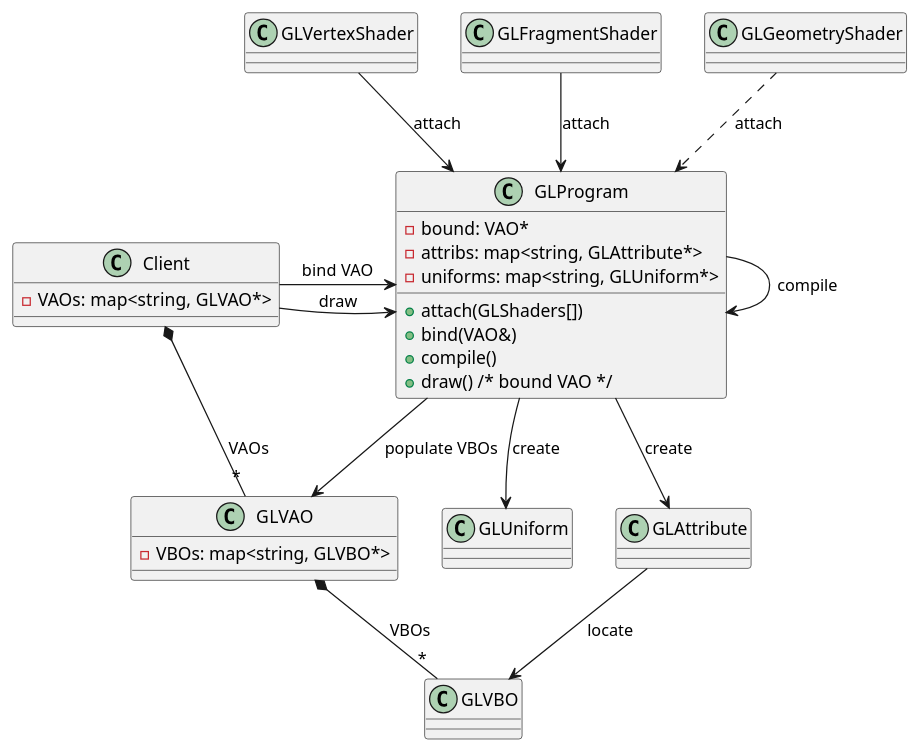
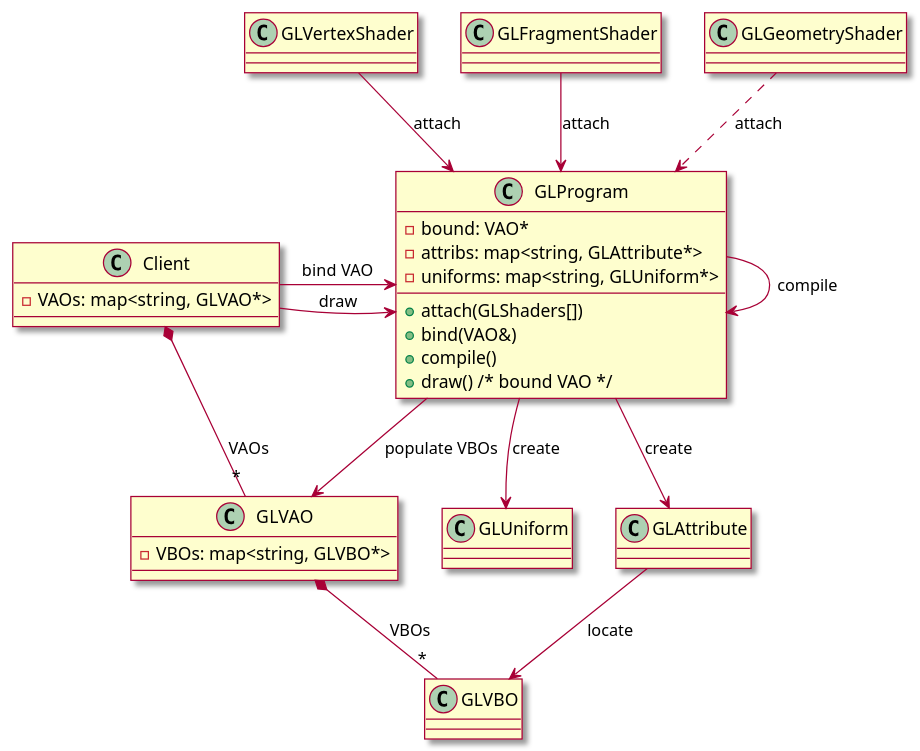
One commit to Lecrapouille/OpenGLCppWrapper changed the diagram in doc/uml/opengl_compo.plantuml. Above: the diagram before and after it, drawn with PlantUML. The commit also changed 6 other files, not shown here.

```diff
--- a/doc/uml/opengl_compo.plantuml
+++ b/doc/uml/opengl_compo.plantuml
@@ -1,44 +1,45 @@
 @startuml
+skin rose
 
 ' OpenGL class composition
 
 class GLVertexShader
 class GLFragmentShader
 class GLGeometryShader
 class GLProgram {
 -bound: VAO*
 -attribs: map<string, GLAttribute*>
 -uniforms: map<string, GLUniform*>
 +attach(GLShaders[])
 +bind(VAO&)
 +compile()
 +draw() /* bound VAO */
 }
 class GLUniform
 class GLAttribute
 class GLVAO {
 -VBOs: map<string, GLVBO*>
 }
 class Client {
 -VAOs: map<string, GLVAO*>
 }
 class GLVBO
 
 GLVertexShader --> GLProgram : attach
 GLFragmentShader --> GLProgram : attach
 GLGeometryShader ..> GLProgram : attach
 
 GLProgram -> GLProgram : compile
 GLProgram --> GLAttribute: create
 GLProgram --> GLUniform :  create
 
 GLAttribute --> GLVBO: locate
 
 Client *-- "*" GLVAO: VAOs
 GLVAO *-- "*" GLVBO: VBOs
 Client -> GLProgram: bind VAO
 Client -> GLProgram: draw
 GLProgram --> GLVAO: populate VBOs
 
 
 @enduml
```
